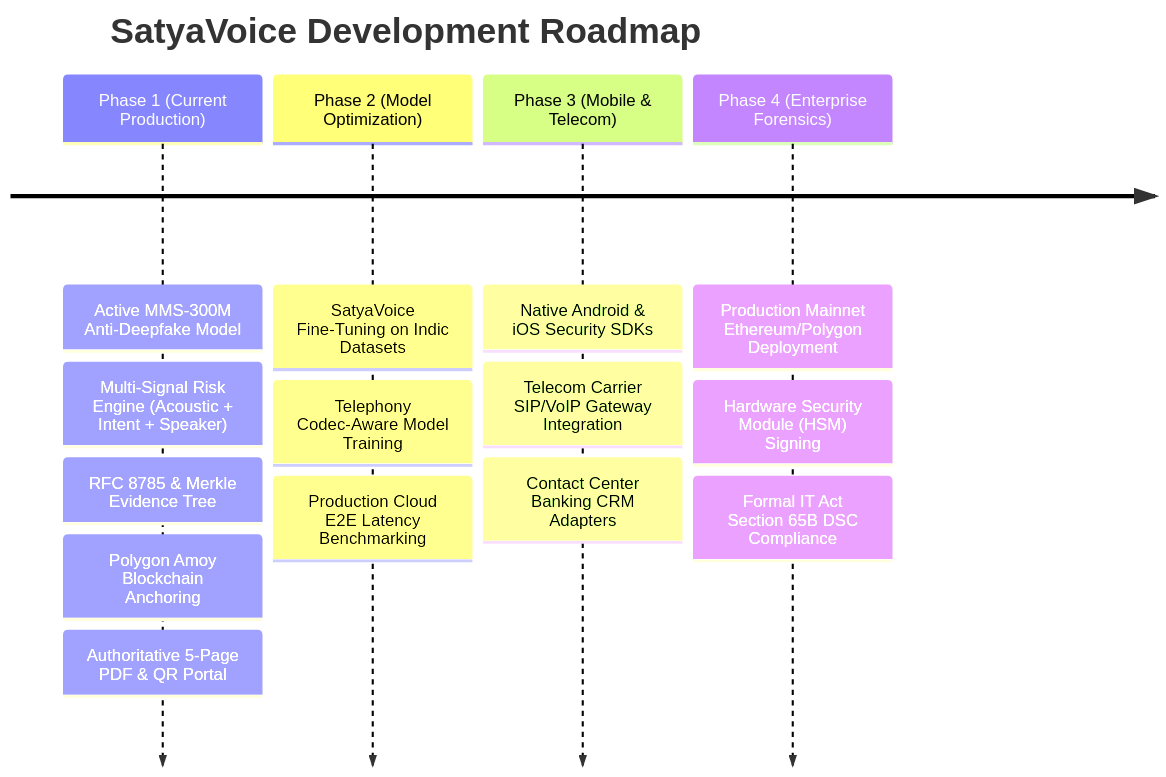
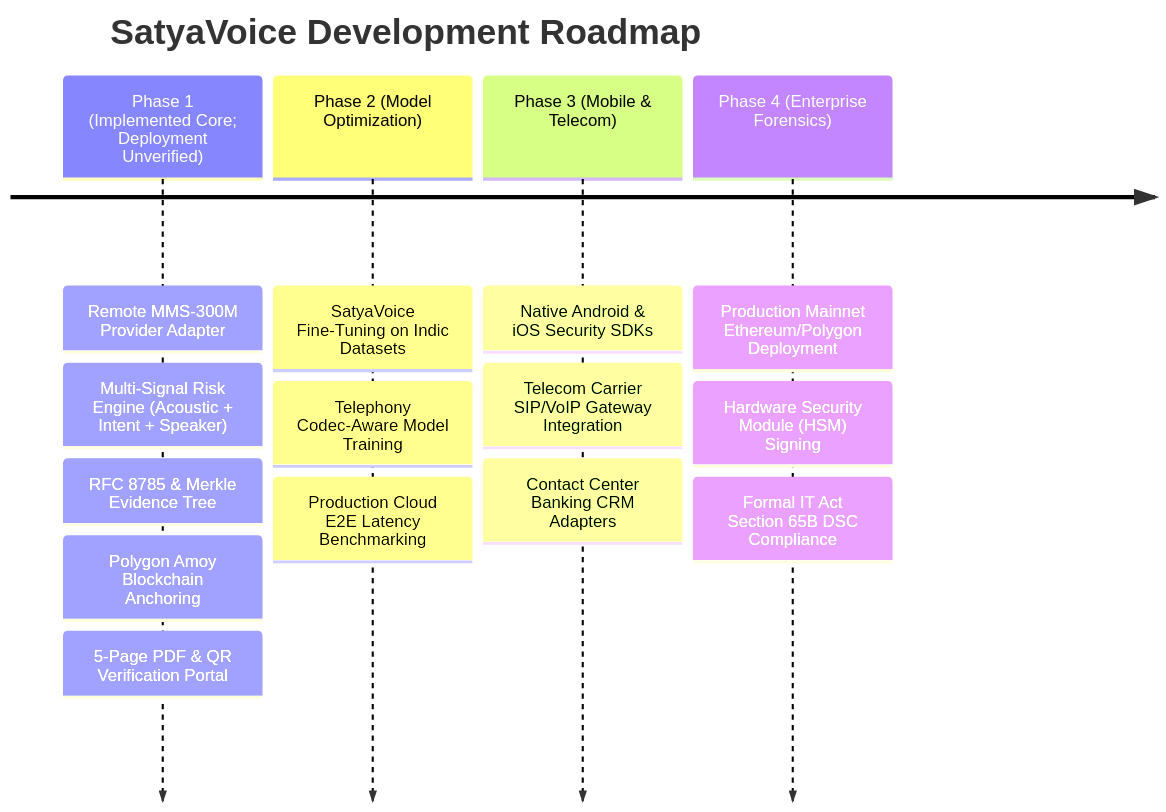
Before and after one commit to Devanshshar01/sih-voice: the ninth of 9 diagrams in README.md, drawn with Mermaid. The commit also changed other lines of this file and 15 other files, not shown here.

Commit message:
fix(security): Harden risk gating and forensic evidence

````diff
--- a/README.md
+++ b/README.md
@@ -693,8 +693,8 @@
 ```mermaid
 timeline
     title SatyaVoice Development Roadmap
-    Phase 1 (Current Production) : Active MMS-300M Anti-Deepfake Model : Multi-Signal Risk Engine (Acoustic + Intent + Speaker) : RFC 8785 & Merkle Evidence Tree : Polygon Amoy Blockchain Anchoring : Authoritative 5-Page PDF & QR Portal
+    Phase 1 (Implemented Core; Deployment Unverified) : Remote MMS-300M Provider Adapter : Multi-Signal Risk Engine (Acoustic + Intent + Speaker) : RFC 8785 & Merkle Evidence Tree : Polygon Amoy Blockchain Anchoring : 5-Page PDF & QR Verification Portal
     Phase 2 (Model Optimization) : SatyaVoice Fine-Tuning on Indic Datasets : Telephony Codec-Aware Model Training : Production Cloud E2E Latency Benchmarking
     Phase 3 (Mobile & Telecom) : Native Android & iOS Security SDKs : Telecom Carrier SIP/VoIP Gateway Integration : Contact Center Banking CRM Adapters
     Phase 4 (Enterprise Forensics) : Production Mainnet Ethereum/Polygon Deployment : Hardware Security Module (HSM) Signing : Formal IT Act Section 65B DSC Compliance
 ```
````
